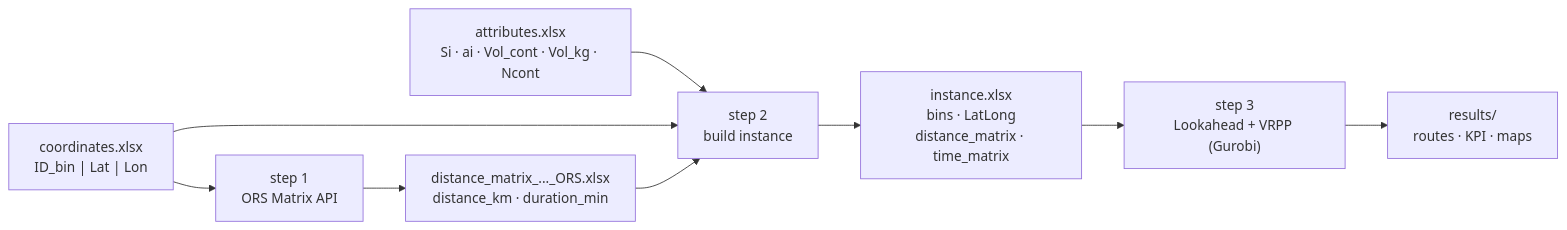
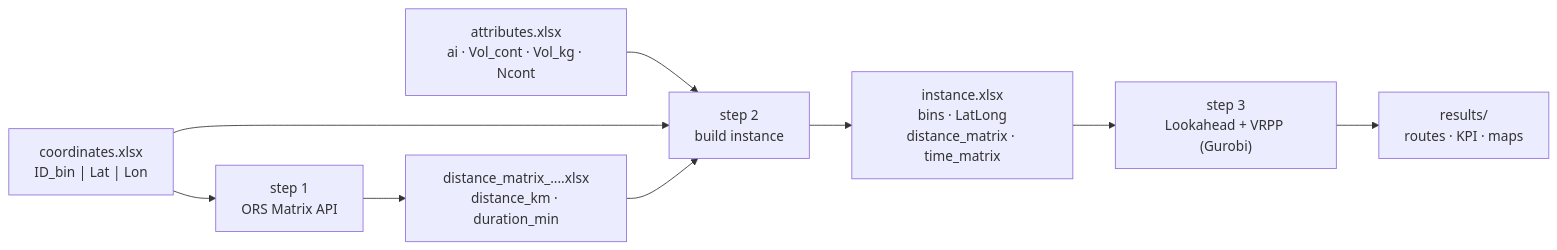
The diagram in README.md (hect456/Wsmart_Route_VRPP-Lookahead), drawn with Mermaid before and after one commit. The commit also changed other lines of this file, not shown here.

````diff
--- a/README.md
+++ b/README.md
@@ -68,11 +315,11 @@
 ```mermaid
 flowchart LR
     A["coordinates.xlsx<br/>ID_bin | Lat | Lon"] --> P1["step 1<br/>ORS Matrix API"]
-    P1 --> M["distance_matrix_..._ORS.xlsx<br/>distance_km · duration_min"]
-    B["attributes.xlsx<br/>Si · ai · Vol_cont · Vol_kg · Ncont"] --> P2["step 2<br/>build instance"]
+    P1 --> M["distance_matrix_....xlsx<br/>distance_km · duration_min"]
+    B["attributes.xlsx<br/>ai · Vol_cont · Vol_kg · Ncont"] --> P2["step 2<br/>build instance"]
     A --> P2
     M --> P2
     P2 --> I["instance.xlsx<br/>bins · LatLong<br/>distance_matrix · time_matrix"]
     I --> P3["step 3<br/>Lookahead + VRPP (Gurobi)"]
     P3 --> R["results/<br/>routes · KPI · maps"]
 ```
````
